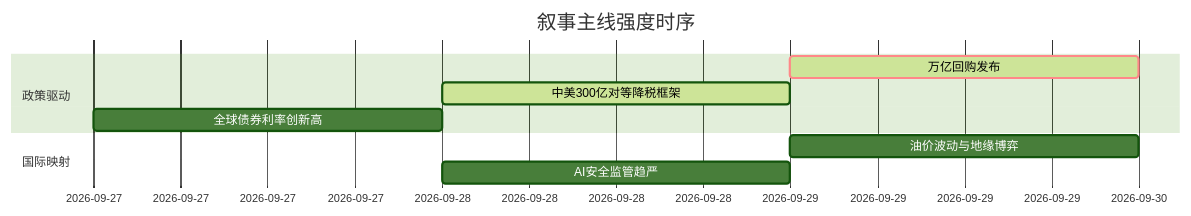
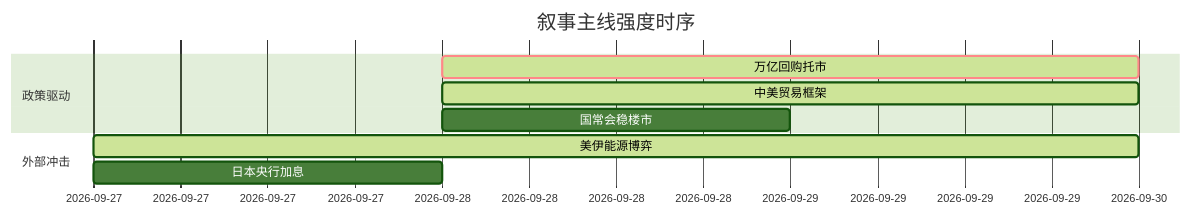
Before and after one commit to uu5zn/uu5zn.github.io: the diagram in 5day_report.md, drawn with Mermaid (forest theme). The commit also changed other lines of this file and 23 other files, not shown here.

````diff
--- a/5day_report.md
+++ b/5day_report.md
@@ -53,13 +58,13 @@
 ```mermaid
 gantt
     title 叙事主线强度时序
-    dateFormat  YYYY-MM-DD
+    dateFormat YYYY-MM-DD
     section 政策驱动
-    万亿回购发布   :crit, active, 2026-09-29, 1d
-    中美300亿对等降税框架   :active, 2026-09-28, 1d
-    全球债券利率创新高   :2026-09-27, 1d
+    万亿回购托市   :crit, active, 2026-09-28, 2d
+    中美贸易框架   :active, 2026-09-28, 2d
+    国常会稳楼市   :2026-09-28, 1d
     
-    section 国际映射
-    油价波动与地缘博弈   :2026-09-29, 1d
-    AI安全监管趋严   :2026-09-28, 1d
+    section 外部冲击
+    美伊能源博弈   :active, 2026-09-27, 3d
+    日本央行加息   :2026-09-27, 1d
 ```
````
